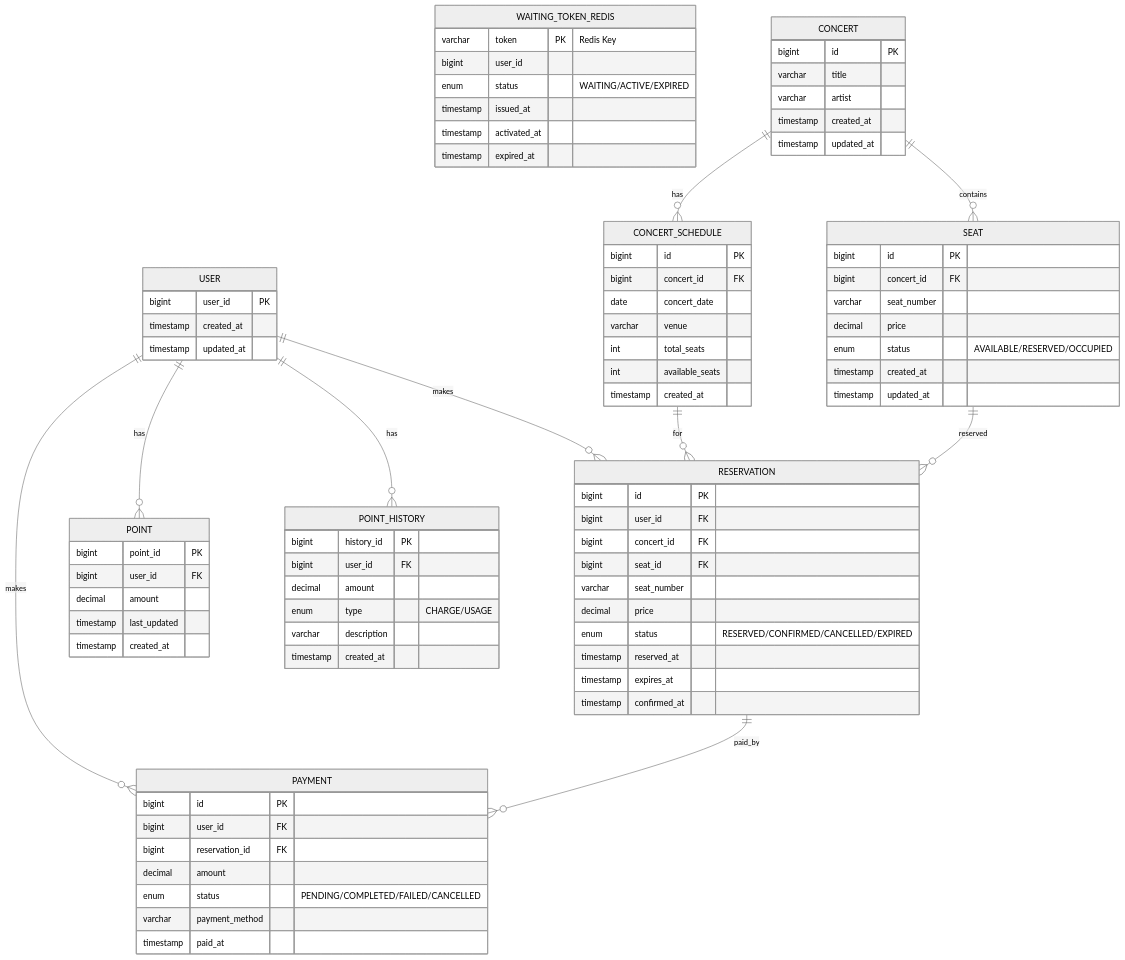
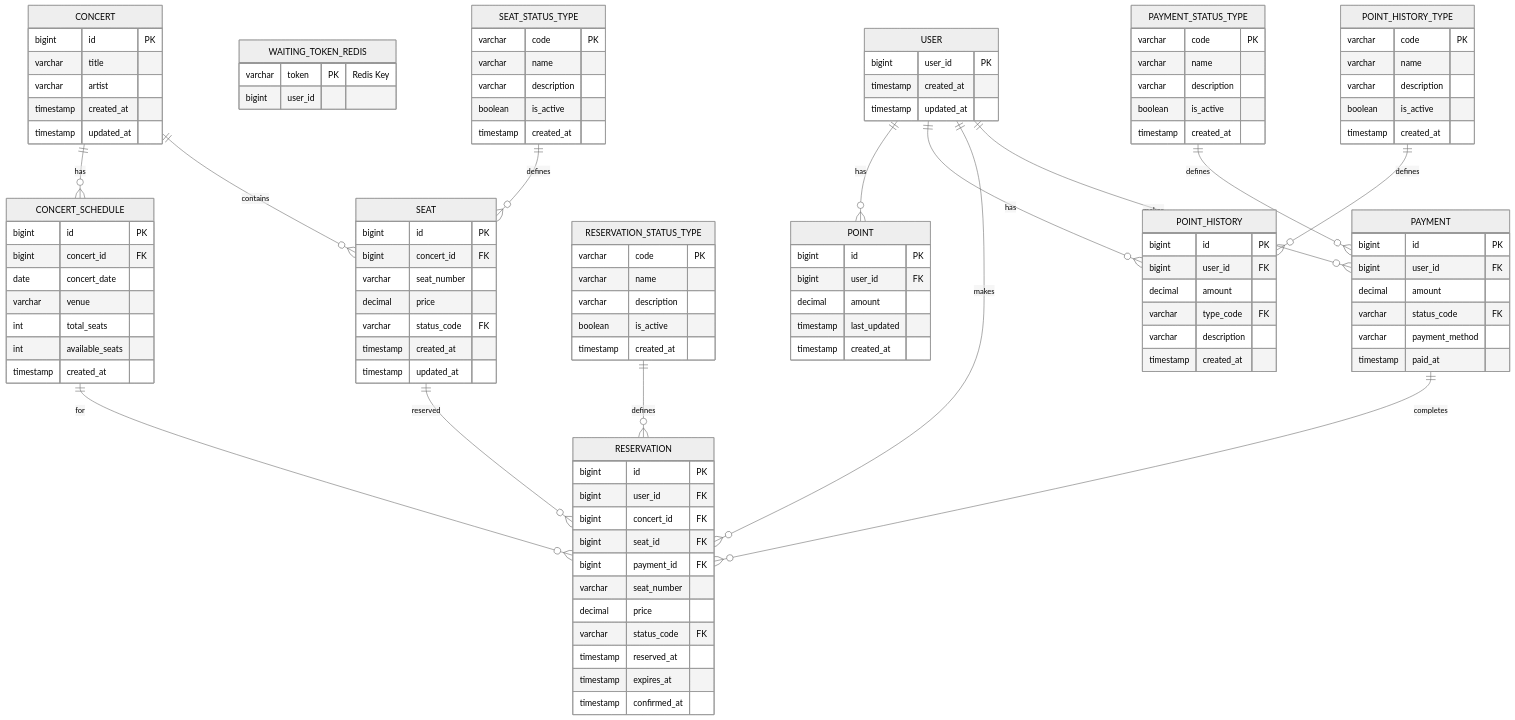
The fifth of 5 diagrams in README.md (hanghae99-backend/2-SERVICE), drawn with Mermaid (neutral theme) before and after one commit. The commit also changed other lines of this file and 1 other file, not shown here.

Commit message:
fix: feedback step4 ( erd 관련된 피드백 수정 )

````diff
--- a/README.md
+++ b/README.md
@@ -215,10 +215,6 @@
     WAITING_TOKEN_REDIS {
         varchar token PK "Redis Key"
         bigint user_id
-        enum status "WAITING/ACTIVE/EXPIRED"
-        timestamp issued_at
-        timestamp activated_at
-        timestamp expired_at
     }
     
     CONCERT {
@@ -244,9 +240,17 @@
         bigint concert_id FK
         varchar seat_number
         decimal price
-        enum status "AVAILABLE/RESERVED/OCCUPIED"
+        varchar status_code FK
         timestamp created_at
         timestamp updated_at
+    }
+    
+    SEAT_STATUS_TYPE {
+        varchar code PK
+        varchar name
+        varchar description
+        boolean is_active
+        timestamp created_at
     }
     
     RESERVATION {
@@ -254,26 +258,42 @@
         bigint user_id FK
         bigint concert_id FK
         bigint seat_id FK
+        bigint payment_id FK
         varchar seat_number
         decimal price
-        enum status "RESERVED/CONFIRMED/CANCELLED/EXPIRED"
+        varchar status_code FK
         timestamp reserved_at
         timestamp expires_at
         timestamp confirmed_at
     }
     
+    RESERVATION_STATUS_TYPE {
+        varchar code PK
+        varchar name
+        varchar description
+        boolean is_active
+        timestamp created_at
+    }
+    
     PAYMENT {
         bigint id PK
         bigint user_id FK
-        bigint reservation_id FK
         decimal amount
-        enum status "PENDING/COMPLETED/FAILED/CANCELLED"
+        varchar status_code FK
         varchar payment_method
         timestamp paid_at
     }
     
+    PAYMENT_STATUS_TYPE {
+        varchar code PK
+        varchar name
+        varchar description
+        boolean is_active
+        timestamp created_at
+    }
+    
     POINT {
-        bigint point_id PK
+        bigint id PK
         bigint user_id FK
         decimal amount
         timestamp last_updated
@@ -281,11 +301,19 @@
     }
     
     POINT_HISTORY {
-        bigint history_id PK
+        bigint id PK
         bigint user_id FK
         decimal amount
-        enum type "CHARGE/USAGE"
+        varchar type_code FK
         varchar description
+        timestamp created_at
+    }
+    
+    POINT_HISTORY_TYPE {
+        varchar code PK
+        varchar name
+        varchar description
+        boolean is_active
         timestamp created_at
     }
     
@@ -297,5 +325,10 @@
     CONCERT ||--o{ SEAT : "contains"
     CONCERT_SCHEDULE ||--o{ RESERVATION : "for"
     SEAT ||--o{ RESERVATION : "reserved"
-    RESERVATION ||--o{ PAYMENT : "paid_by"
+    PAYMENT ||--o{ RESERVATION : "completes"
+    
+    SEAT_STATUS_TYPE ||--o{ SEAT : "defines"
+    RESERVATION_STATUS_TYPE ||--o{ RESERVATION : "defines"
+    PAYMENT_STATUS_TYPE ||--o{ PAYMENT : "defines"
+    POINT_HISTORY_TYPE ||--o{ POINT_HISTORY : "defines"
 ```
````
